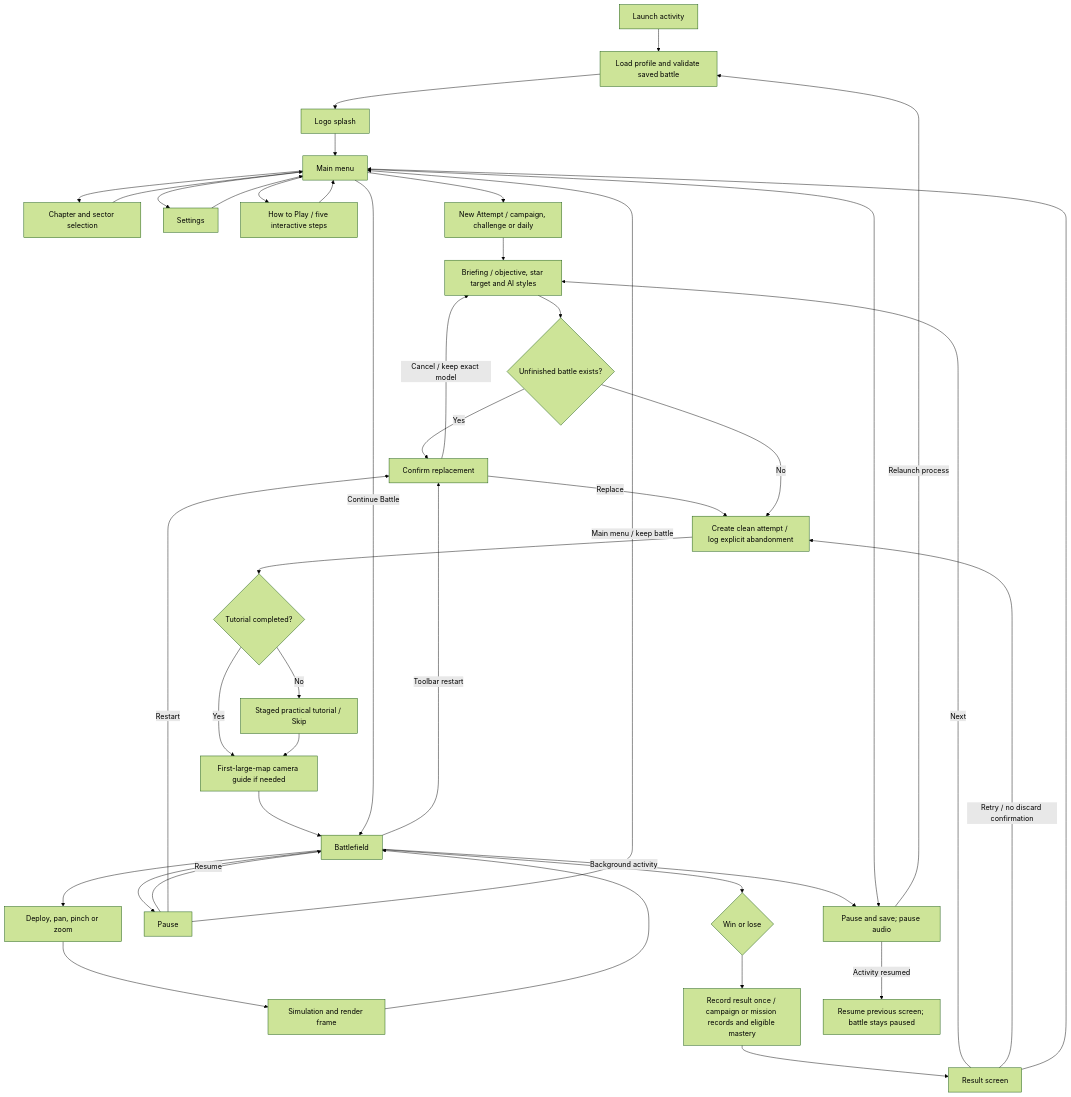
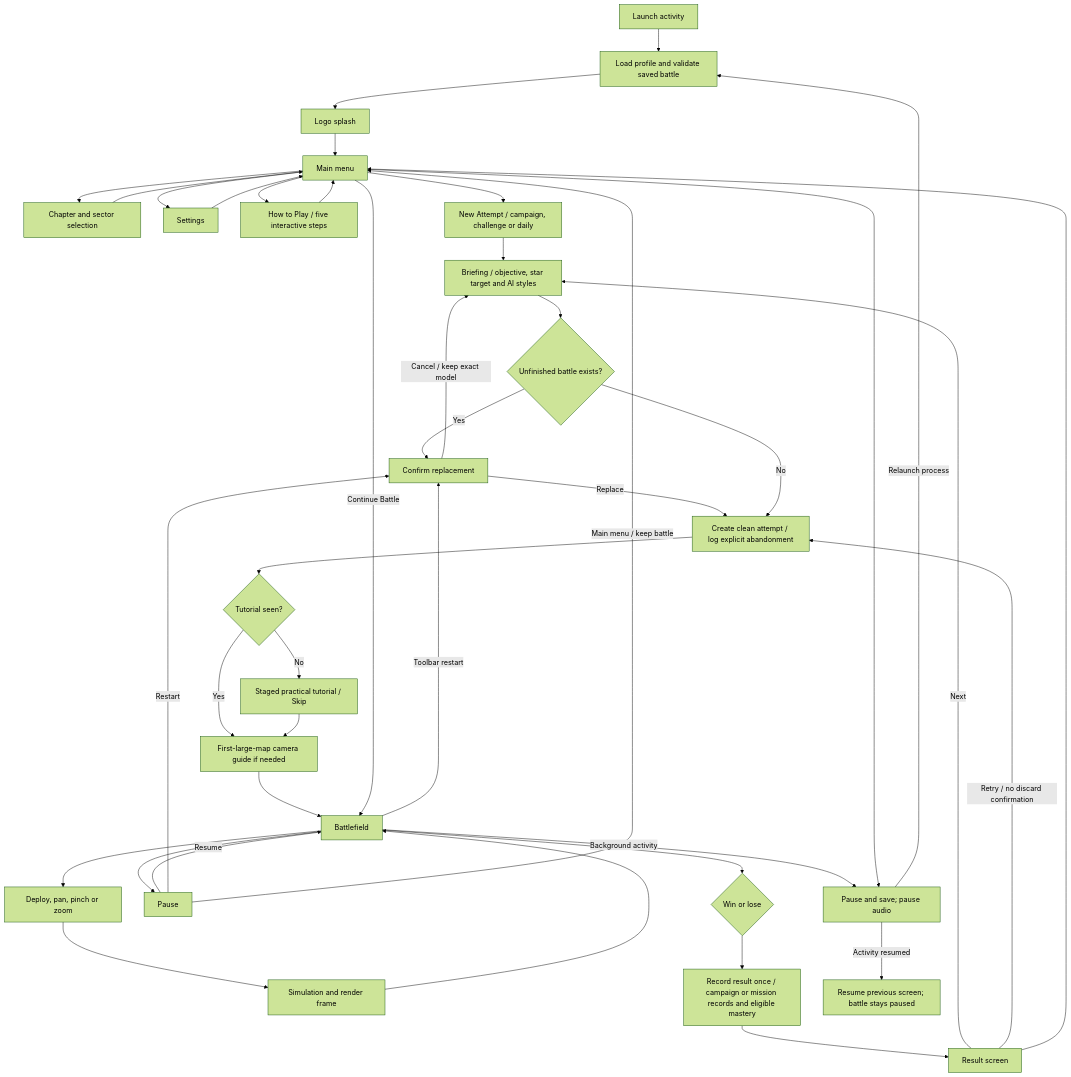
Before and after one commit to rohitashmathur/Frontline: the second of 3 diagrams in docs/architecture.md, drawn with Mermaid (forest theme). The commit also changed other lines of this file and 33 other files, not shown here.

````diff
--- a/docs/architecture.md
+++ b/docs/architecture.md
@@ -61,43 +68,43 @@
 ```mermaid
 flowchart TD
     Launch[Launch activity] --> Load[Load profile and validate saved battle]
     Load --> Splash[Logo splash]
     Splash --> Menu[Main menu]
     Menu --> Select[Chapter and sector selection]
     Select --> Menu
     Menu --> Settings[Settings]
     Settings --> Menu
     Menu --> How[How to Play / five interactive steps]
     How --> Menu
     Menu --> Play[New Attempt / campaign, challenge or daily]
     Play --> Brief[Briefing / objective, star target and AI styles]
     Brief --> Replace{Unfinished battle exists?}
     Replace -->|Yes| Confirm[Confirm replacement]
     Confirm -->|Cancel / keep exact model| Brief
     Confirm -->|Replace| Start[Create clean attempt / log explicit abandonment]
     Replace -->|No| Start
-    Start --> First{Tutorial completed?}
+    Start --> First{Tutorial seen?}
     First -->|No| Tutorial[Staged practical tutorial / Skip]
     First -->|Yes| Guide[First-large-map camera guide if needed]
     Tutorial --> Guide
     Guide --> Battle[Battlefield]
     Menu -->|Continue Battle| Battle
     Battle --> Input[Deploy, pan, pinch or zoom]
     Input --> Frame[Simulation and render frame]
     Frame --> Battle
     Battle --> Pause[Pause]
     Pause -->|Resume| Battle
     Pause -->|Restart| Confirm
     Battle -->|Toolbar restart| Confirm
     Pause -->|Main menu / keep battle| Menu
     Battle --> End{Win or lose}
     End --> Record[Record result once / campaign or mission records and eligible mastery]
     Record --> Result[Result screen]
     Result -->|Next| Brief
     Result -->|Retry / no discard confirmation| Start
     Result --> Menu
     Battle -->|Background activity| Save[Pause and save; pause audio]
     Menu --> Save
     Save -->|Relaunch process| Load
     Save -->|Activity resumed| Previous[Resume previous screen; battle stays paused]
 ```
````
